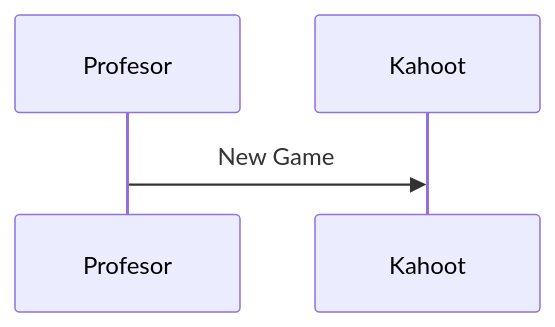
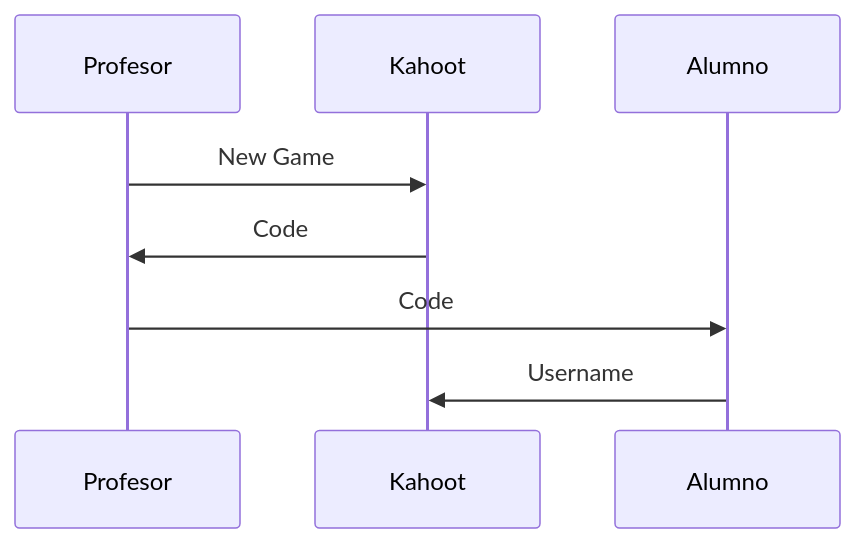
One commit to Jiza18/UML changed the fifth of 7 diagrams in README.md. Above: the diagram before and after it, drawn with Mermaid. The commit also changed other lines of this file, not shown here.

````diff
--- a/README.md
+++ b/README.md
@@ -91,4 +91,7 @@
 ```mermaid
 sequenceDiagram
 Profesor ->> Kahoot: New Game
+Kahoot ->> Profesor: Code
+Profesor ->> Alumno: Code
+Alumno ->> Kahoot: Username
 ```
````
